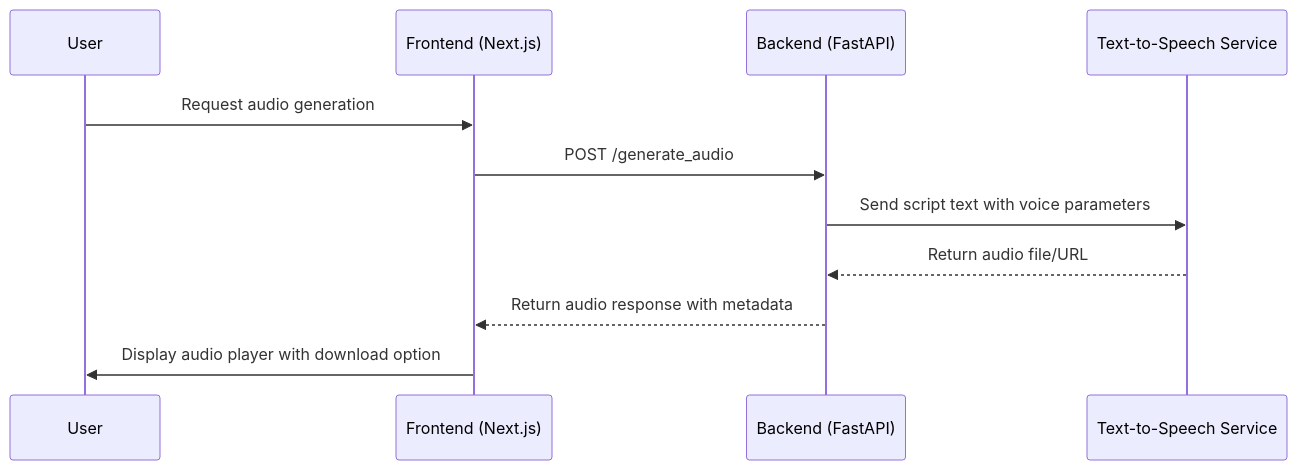
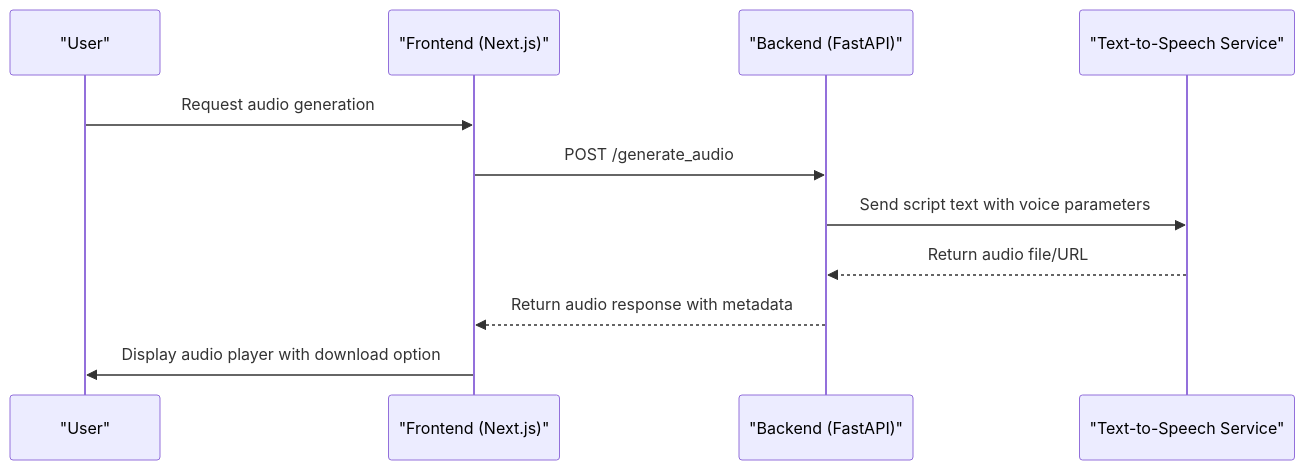
One commit to abhivir-42/marketing-app-ad-gen changed the fourth of 7 diagrams in project-presentation.md. Above: the diagram before and after it, drawn with Mermaid. The commit also changed other lines of this file, not shown here.

Commit message:
Fix: Text truncation in diagrams

````diff
--- a/project-presentation.md
+++ b/project-presentation.md
@@ -287,14 +287,14 @@
 ```mermaid
 sequenceDiagram
-    participant User as User
-    participant FE as Frontend (Next.js)
-    participant BE as Backend (FastAPI)
-    participant TTS as Text-to-Speech Service
+    participant User as "User"
+    participant FE as "Frontend (Next.js)"
+    participant BE as "Backend (FastAPI)"
+    participant TTS as "Text-to-Speech Service"
     
     User->>FE: Request audio generation
     FE->>BE: POST /generate_audio
     BE->>TTS: Send script text with voice parameters
     TTS-->>BE: Return audio file/URL
     BE-->>FE: Return audio response with metadata
     FE->>User: Display audio player with download option
 ```
````
